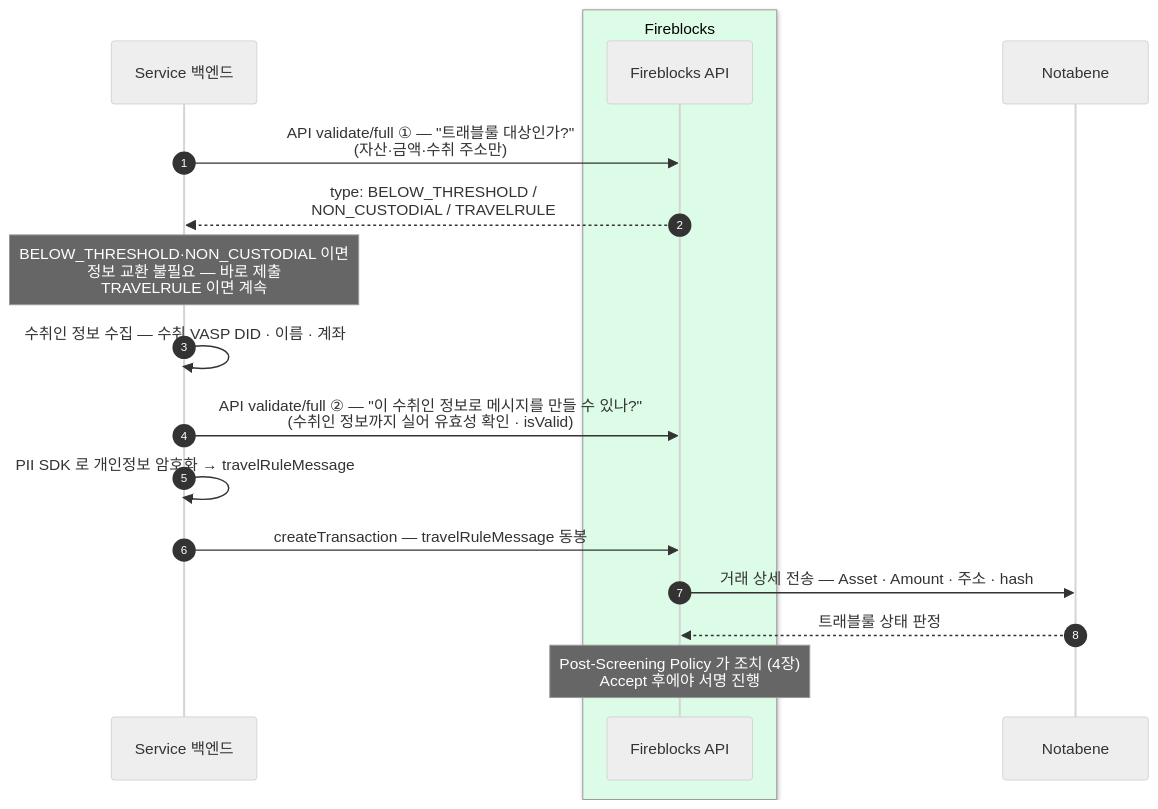
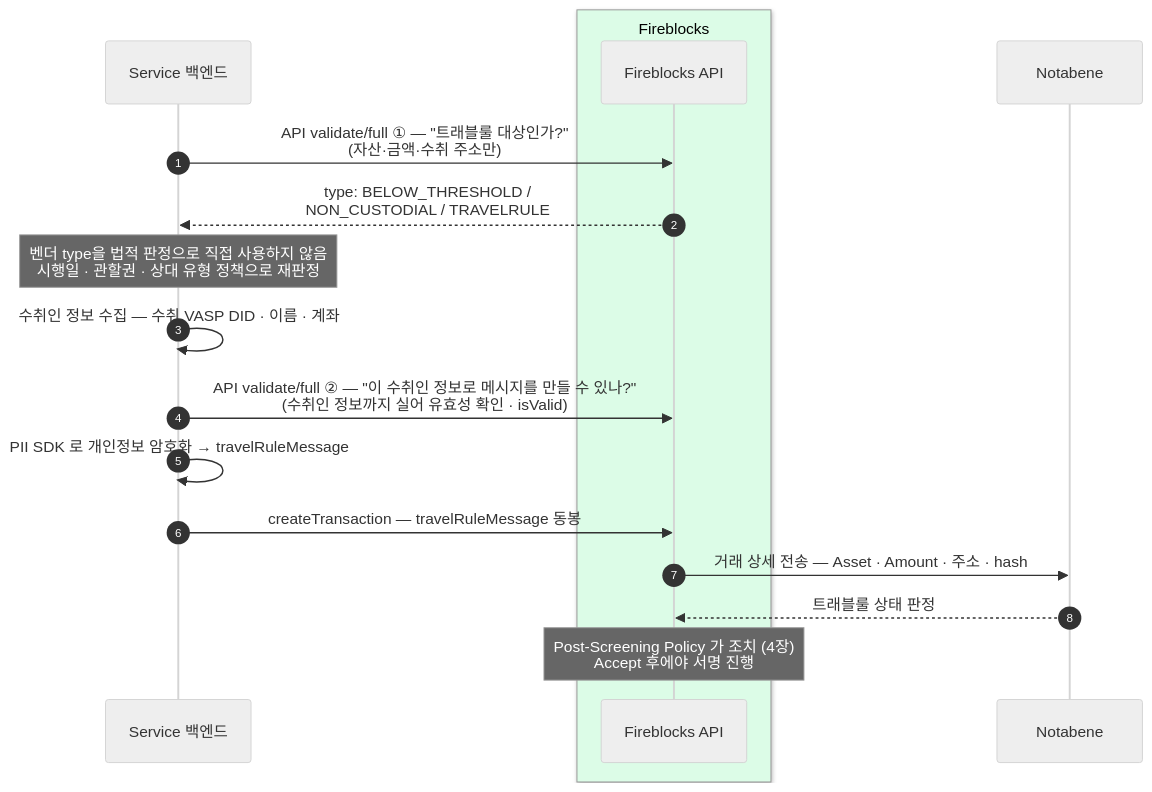
The diagram in blockchain-manager/docs/트래블룰/설계/02-withdrawal.md (eunsujeo/eunpus), drawn with Mermaid (neutral theme) before and after one commit. The commit also changed other lines of this file and 20 other files, not shown here.

````diff
--- a/blockchain-manager/docs/트래블룰/설계/02-withdrawal.md
+++ b/blockchain-manager/docs/트래블룰/설계/02-withdrawal.md
@@ -14,20 +14,20 @@
 ```mermaid
 sequenceDiagram
     autonumber
     participant BE as Service 백엔드
     box rgb(220,252,231) Fireblocks
     participant FB as Fireblocks API
     end
     participant NB as Notabene
 
     BE->>FB: API validate/full ① — "트래블룰 대상인가?"<br/>(자산·금액·수취 주소만)
     FB-->>BE: type: BELOW_THRESHOLD /<br/>NON_CUSTODIAL / TRAVELRULE
-    Note over BE: BELOW_THRESHOLD·NON_CUSTODIAL 이면<br/>정보 교환 불필요 — 바로 제출<br/>TRAVELRULE 이면 계속
+    Note over BE: 벤더 type을 법적 판정으로 직접 사용하지 않음<br/>시행일 · 관할권 · 상대 유형 정책으로 재판정
     BE->>BE: 수취인 정보 수집 — 수취 VASP DID · 이름 · 계좌
     BE->>FB: API validate/full ② — "이 수취인 정보로 메시지를 만들 수 있나?"<br/>(수취인 정보까지 실어 유효성 확인 · isValid)
     BE->>BE: PII SDK 로 개인정보 암호화 → travelRuleMessage
     BE->>FB: createTransaction — travelRuleMessage 동봉
     FB->>NB: 거래 상세 전송 — Asset · Amount · 주소 · hash
     NB-->>FB: 트래블룰 상태 판정
     Note over FB: Post-Screening Policy 가 조치 (4장)<br/>Accept 후에야 서명 진행
 ```
````
